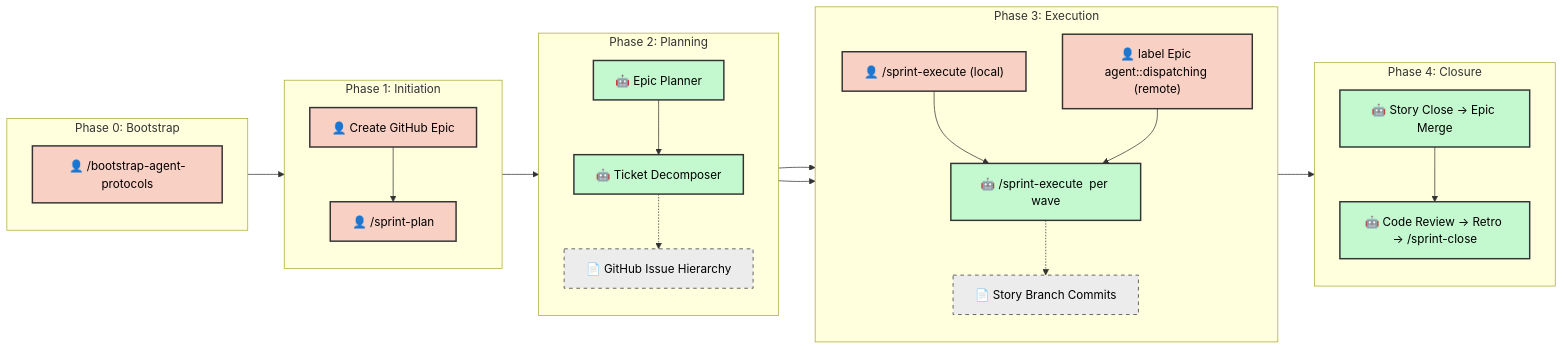
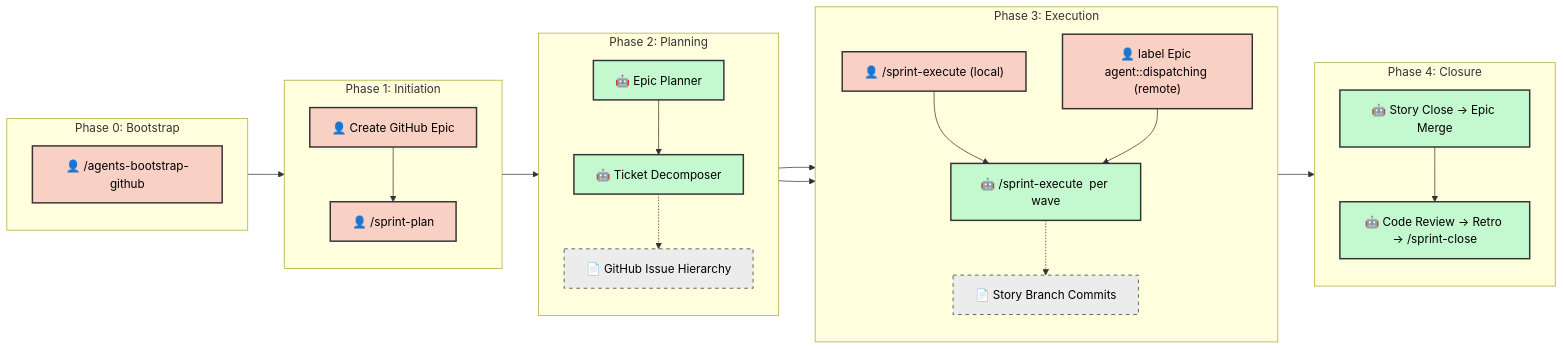
Before and after one commit to dsj1984/agent-protocols: the diagram in .agents/SDLC.md, drawn with Mermaid. The commit also changed other lines of this file and 36 other files, not shown here.

````diff
--- a/.agents/SDLC.md
+++ b/.agents/SDLC.md
@@ -73,49 +75,49 @@
 ```mermaid
 graph LR
     classDef manual fill:#f9d0c4,stroke:#333,stroke-width:2px,color:#000;
     classDef agentic fill:#c4f9d0,stroke:#333,stroke-width:2px,color:#000;
     classDef artifact fill:#ececec,stroke:#333,stroke-width:1px,stroke-dasharray: 5 5,color:#000;
 
     subgraph Phase0 ["Phase 0: Bootstrap"]
         direction TB
-        Z["👤 /bootstrap-agent-protocols"]:::manual
+        Z["👤 /agents-bootstrap-github"]:::manual
     end
 
     subgraph Phase1 ["Phase 1: Initiation"]
         direction TB
         A["👤 Create GitHub Epic"]:::manual
         B["👤 /sprint-plan"]:::manual
         A --> B
     end
 
     subgraph Phase2 ["Phase 2: Planning"]
         direction TB
         C["🤖 Epic Planner"]:::agentic
         D["🤖 Ticket Decomposer"]:::agentic
         C --> D
         D -.-> D_Art["📄 GitHub Issue Hierarchy"]:::artifact
     end
 
     subgraph Phase3 ["Phase 3: Execution"]
         direction TB
         E1["👤 /sprint-execute <epicId> (local)"]:::manual
         E2["👤 label Epic agent::dispatching (remote)"]:::manual
         F["🤖 /sprint-execute <storyId> per wave"]:::agentic
         E1 --> F
         E2 --> F
         F -.-> F_Art["📄 Story Branch Commits"]:::artifact
     end
 
     subgraph Phase4 ["Phase 4: Closure"]
         direction TB
         G["🤖 Story Close → Epic Merge"]:::agentic
         H["🤖 Code Review → Retro → /sprint-close"]:::agentic
         G --> H
     end
 
     Z --> A
     B --> C
     D --> E1
     D --> E2
     F --> G
 ```
````
